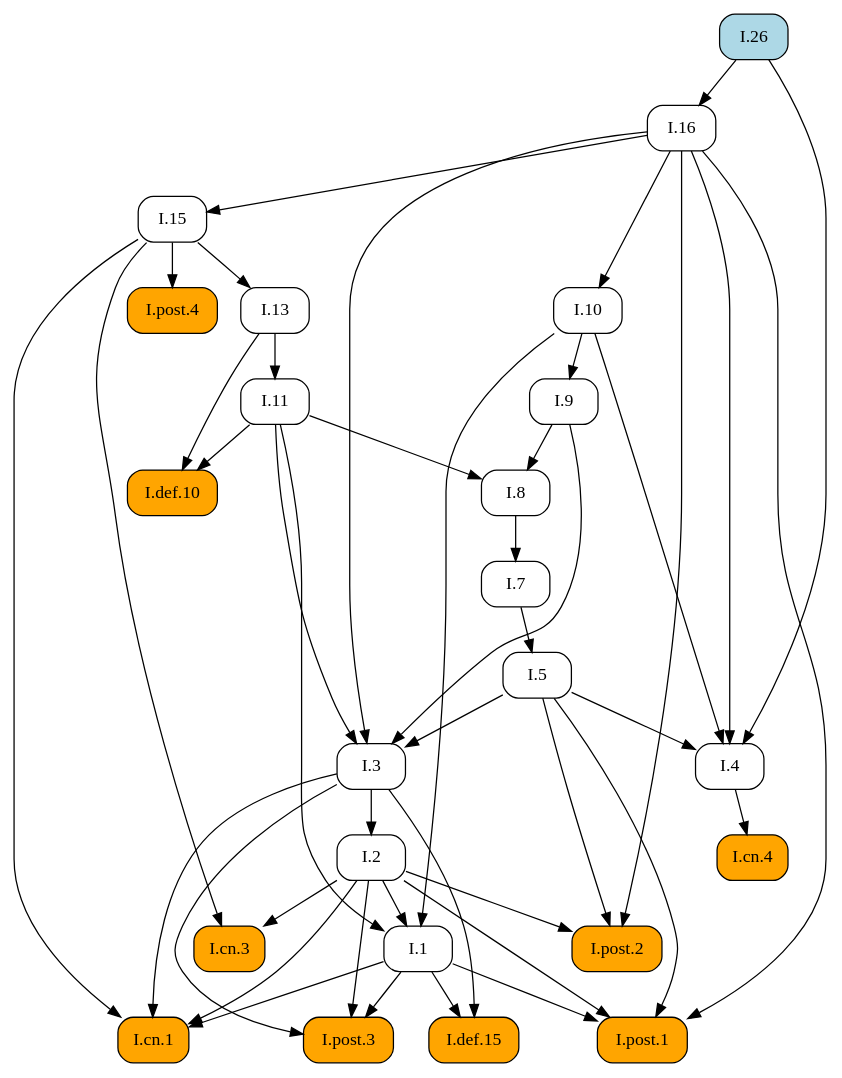
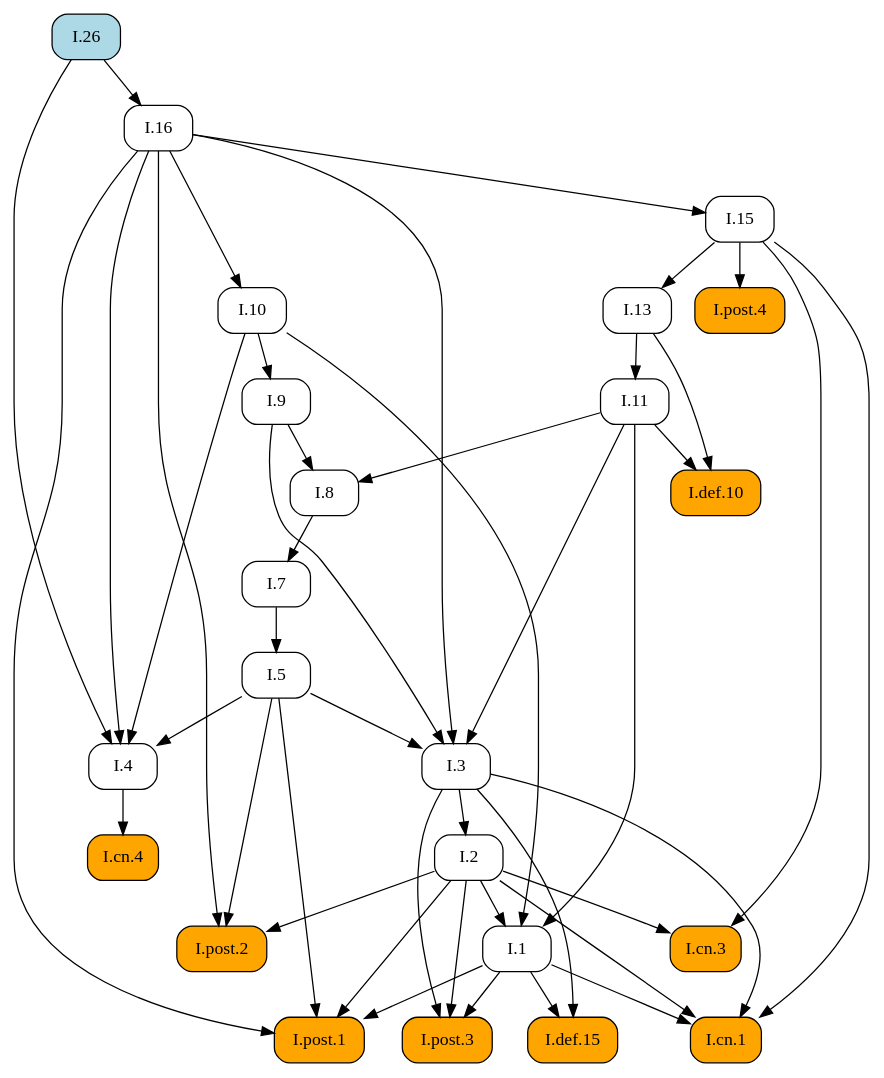
Before and after one commit to geometor/elements: the diagram in docsrc/heath/I/26/index.rst, drawn with Graphviz. The commit also changed other lines of this file and 1029 other files, not shown here.

```diff
--- a/docsrc/heath/I/26/index.rst
+++ b/docsrc/heath/I/26/index.rst
@@ -80,73 +80,73 @@
 .. graphviz::
 
    digraph {
      rankdir="TB";
      node [shape=box, style=rounded];
+     "I.def.10" [style="rounded,filled", fillcolor=orange, URL="/heath/I/def.10/", target="_top"];
+     "I.11" [URL="/heath/I/11/", target="_top"];
+     "I.post.4" [style="rounded,filled", fillcolor=orange, URL="/heath/I/post.4/", target="_top"];
+     "I.1" [URL="/heath/I/1/", target="_top"];
+     "I.26" [style="rounded,filled", fillcolor=lightblue, URL="/heath/I/26/", target="_top"];
+     "I.7" [URL="/heath/I/7/", target="_top"];
+     "I.3" [URL="/heath/I/3/", target="_top"];
+     "I.2" [URL="/heath/I/2/", target="_top"];
+     "I.4" [URL="/heath/I/4/", target="_top"];
      "I.13" [URL="/heath/I/13/", target="_top"];
+     "I.post.2" [style="rounded,filled", fillcolor=orange, URL="/heath/I/post.2/", target="_top"];
+     "I.16" [URL="/heath/I/16/", target="_top"];
+     "I.def.15" [style="rounded,filled", fillcolor=orange, URL="/heath/I/def.15/", target="_top"];
+     "I.9" [URL="/heath/I/9/", target="_top"];
+     "I.post.3" [style="rounded,filled", fillcolor=orange, URL="/heath/I/post.3/", target="_top"];
+     "I.cn.1" [style="rounded,filled", fillcolor=orange, URL="/heath/I/cn.1/", target="_top"];
      "I.cn.3" [style="rounded,filled", fillcolor=orange, URL="/heath/I/cn.3/", target="_top"];
-     "I.5" [URL="/heath/I/5/", target="_top"];
-     "I.11" [URL="/heath/I/11/", target="_top"];
-     "I.7" [URL="/heath/I/7/", target="_top"];
-     "I.10" [URL="/heath/I/10/", target="_top"];
-     "I.4" [URL="/heath/I/4/", target="_top"];
-     "I.3" [URL="/heath/I/3/", target="_top"];
-     "I.16" [URL="/heath/I/16/", target="_top"];
      "I.8" [URL="/heath/I/8/", target="_top"];
-     "I.9" [URL="/heath/I/9/", target="_top"];
-     "I.def.10" [style="rounded,filled", fillcolor=orange, URL="/heath/I/def.10/", target="_top"];
-     "I.post.4" [style="rounded,filled", fillcolor=orange, URL="/heath/I/post.4/", target="_top"];
-     "I.post.2" [style="rounded,filled", fillcolor=orange, URL="/heath/I/post.2/", target="_top"];
-     "I.2" [URL="/heath/I/2/", target="_top"];
-     "I.def.15" [style="rounded,filled", fillcolor=orange, URL="/heath/I/def.15/", target="_top"];
-     "I.1" [URL="/heath/I/1/", target="_top"];
-     "I.post.3" [style="rounded,filled", fillcolor=orange, URL="/heath/I/post.3/", target="_top"];
-     "I.post.1" [style="rounded,filled", fillcolor=orange, URL="/heath/I/post.1/", target="_top"];
      "I.cn.4" [style="rounded,filled", fillcolor=orange, URL="/heath/I/cn.4/", target="_top"];
      "I.15" [URL="/heath/I/15/", target="_top"];
-     "I.26" [style="rounded,filled", fillcolor=lightblue, URL="/heath/I/26/", target="_top"];
-     "I.cn.1" [style="rounded,filled", fillcolor=orange, URL="/heath/I/cn.1/", target="_top"];
-     "I.15" -> "I.13";
-     "I.2" -> "I.cn.3";
-     "I.15" -> "I.cn.3";
-     "I.7" -> "I.5";
+     "I.post.1" [style="rounded,filled", fillcolor=orange, URL="/heath/I/post.1/", target="_top"];
+     "I.10" [URL="/heath/I/10/", target="_top"];
+     "I.5" [URL="/heath/I/5/", target="_top"];
+     "I.11" -> "I.def.10";
+     "I.13" -> "I.def.10";
      "I.13" -> "I.11";
+     "I.15" -> "I.post.4";
+     "I.2" -> "I.1";
+     "I.10" -> "I.1";
+     "I.11" -> "I.1";
      "I.8" -> "I.7";
-     "I.16" -> "I.10";
+     "I.5" -> "I.3";
+     "I.9" -> "I.3";
+     "I.11" -> "I.3";
+     "I.16" -> "I.3";
+     "I.3" -> "I.2";
      "I.5" -> "I.4";
      "I.10" -> "I.4";
      "I.16" -> "I.4";
      "I.26" -> "I.4";
-     "I.5" -> "I.3";
-     "I.9" -> "I.3";
-     "I.11" -> "I.3";
-     "I.16" -> "I.3";
-     "I.26" -> "I.16";
-     "I.9" -> "I.8";
-     "I.11" -> "I.8";
-     "I.10" -> "I.9";
-     "I.11" -> "I.def.10";
-     "I.13" -> "I.def.10";
-     "I.15" -> "I.post.4";
+     "I.15" -> "I.13";
      "I.2" -> "I.post.2";
      "I.5" -> "I.post.2";
      "I.16" -> "I.post.2";
-     "I.3" -> "I.2";
+     "I.26" -> "I.16";
      "I.1" -> "I.def.15";
      "I.3" -> "I.def.15";
-     "I.2" -> "I.1";
-     "I.10" -> "I.1";
-     "I.11" -> "I.1";
+     "I.10" -> "I.9";
      "I.1" -> "I.post.3";
      "I.2" -> "I.post.3";
      "I.3" -> "I.post.3";
+     "I.1" -> "I.cn.1";
+     "I.2" -> "I.cn.1";
+     "I.3" -> "I.cn.1";
+     "I.15" -> "I.cn.1";
+     "I.2" -> "I.cn.3";
+     "I.15" -> "I.cn.3";
+     "I.9" -> "I.8";
+     "I.11" -> "I.8";
+     "I.4" -> "I.cn.4";
+     "I.16" -> "I.15";
      "I.1" -> "I.post.1";
      "I.2" -> "I.post.1";
      "I.5" -> "I.post.1";
      "I.16" -> "I.post.1";
-     "I.4" -> "I.cn.4";
-     "I.16" -> "I.15";
-     "I.1" -> "I.cn.1";
-     "I.2" -> "I.cn.1";
-     "I.3" -> "I.cn.1";
-     "I.15" -> "I.cn.1";
+     "I.16" -> "I.10";
+     "I.7" -> "I.5";
    }
```
